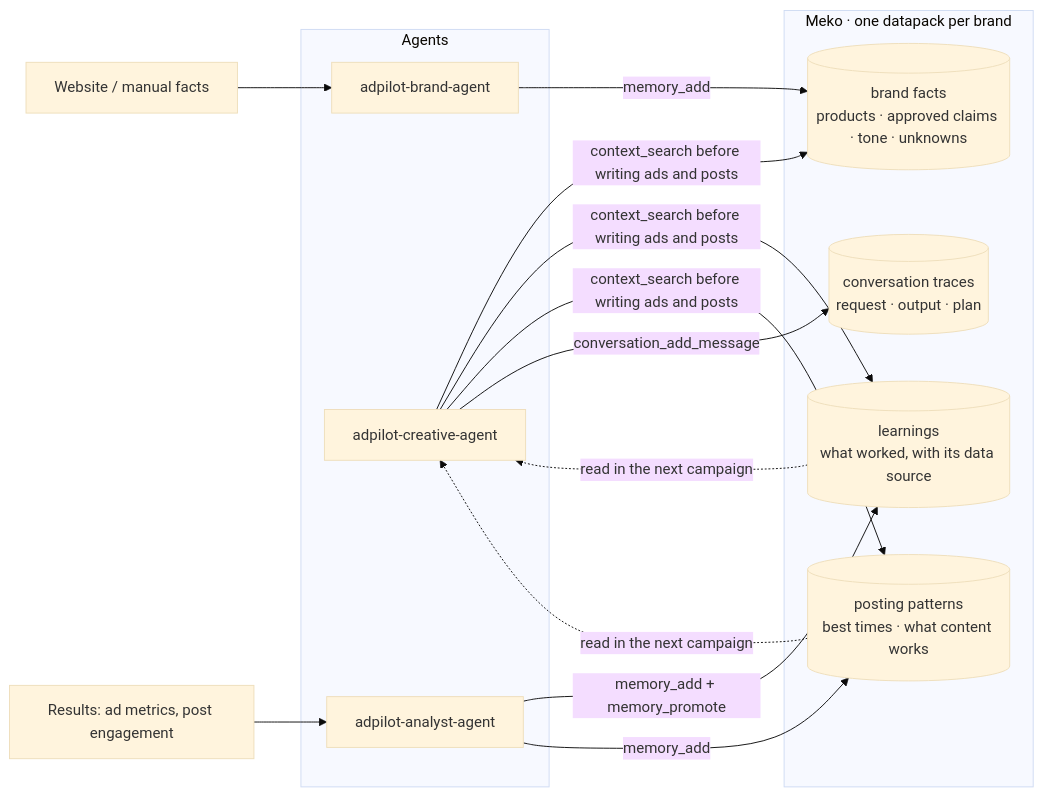
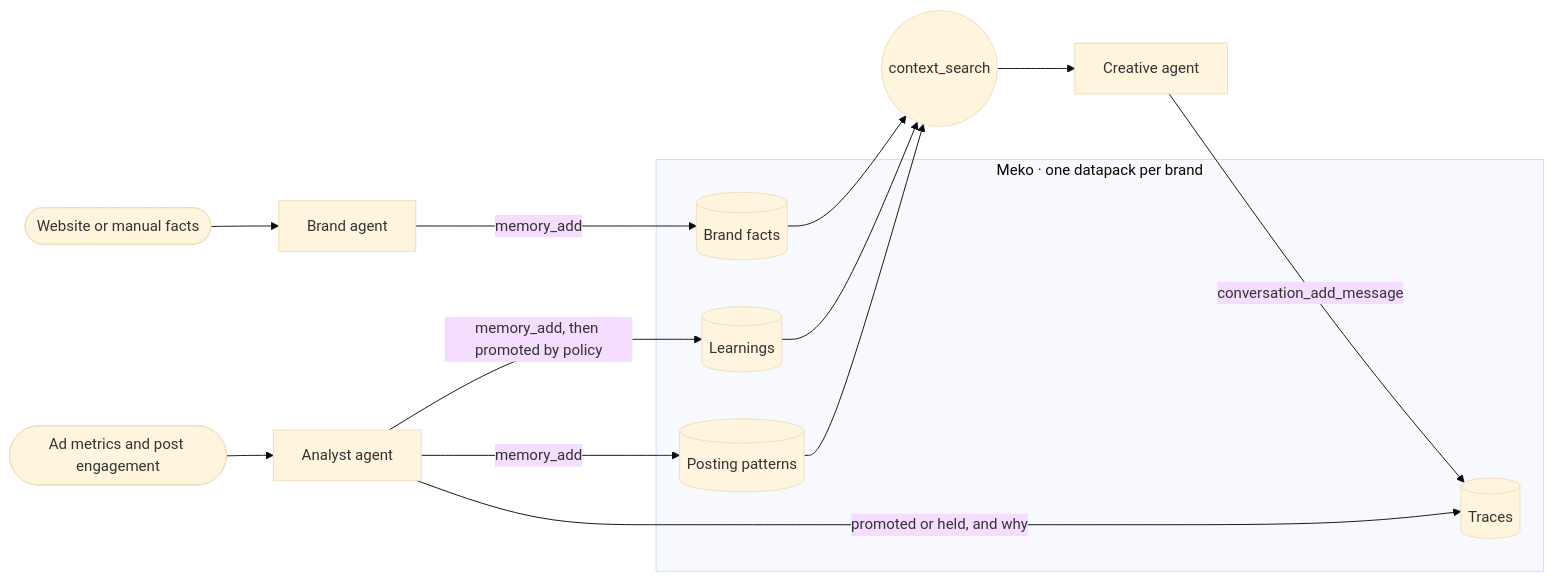
The fifth of 9 diagrams in README.md (Shyam1922/AdPilot-AI), drawn with Mermaid (base theme) before and after one commit. The commit also changed other lines of this file and 3 other files, not shown here.

````diff
--- a/README.md
+++ b/README.md
@@ -342,23 +332,23 @@
 ```mermaid
 flowchart LR
-  subgraph Agents
-    B[adpilot-brand-agent]
-    C[adpilot-creative-agent]
-    A[adpilot-analyst-agent]
-  end
-  subgraph Meko[Meko · one datapack per brand]
-    F[(brand facts<br/>products · approved claims · tone · unknowns)]
-    L[(learnings<br/>what worked, with its data source)]
-    P[(posting patterns<br/>best times · what content works)]
-    T[(conversation traces<br/>request · output · plan)]
-  end
-  Site[Website / manual facts] --> B
-  B -- memory_add --> F
-  C -- context_search before writing ads and posts --> F & L & P
-  C -- conversation_add_message --> T
-  R[Results: ad metrics, post engagement] --> A
-  A -- memory_add + memory_promote --> L
-  A -- memory_add --> P
-  L -. read in the next campaign .-> C
-  P -. read in the next campaign .-> C
+    Site([Website or manual facts]) --> B
+    Results([Ad metrics and post engagement]) --> A
+
+    B["Brand agent"] -- "memory_add" --> F
+    A["Analyst agent"] -- "memory_add, then promoted by policy" --> L
+    A -- "memory_add" --> P
+    A -- "promoted or held, and why" --> T
+    C["Creative agent"] -- "conversation_add_message" --> T
+    M(("context_search")) --> C
+
+    subgraph Meko["Meko · one datapack per brand"]
+        F[("Brand facts")]
+        L[("Learnings")]
+        P[("Posting patterns")]
+        T[("Traces")]
+    end
+
+    F --> M
+    L --> M
+    P --> M
 ```
````
